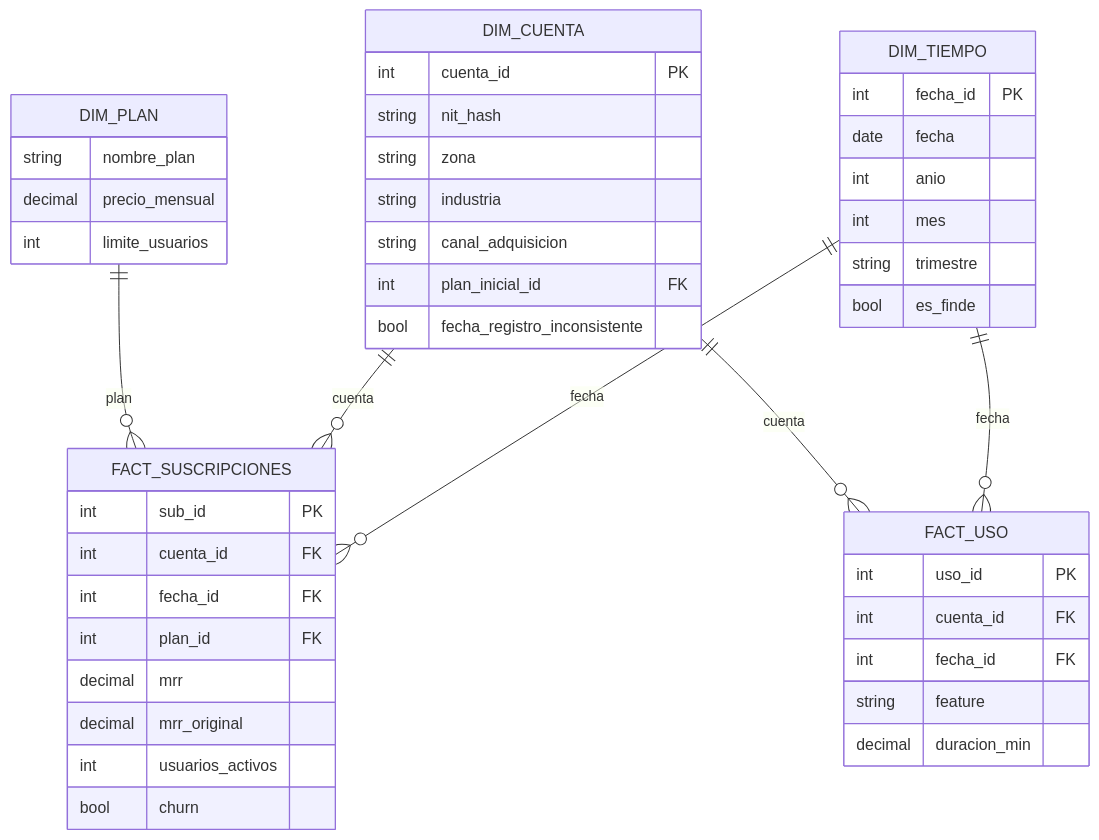
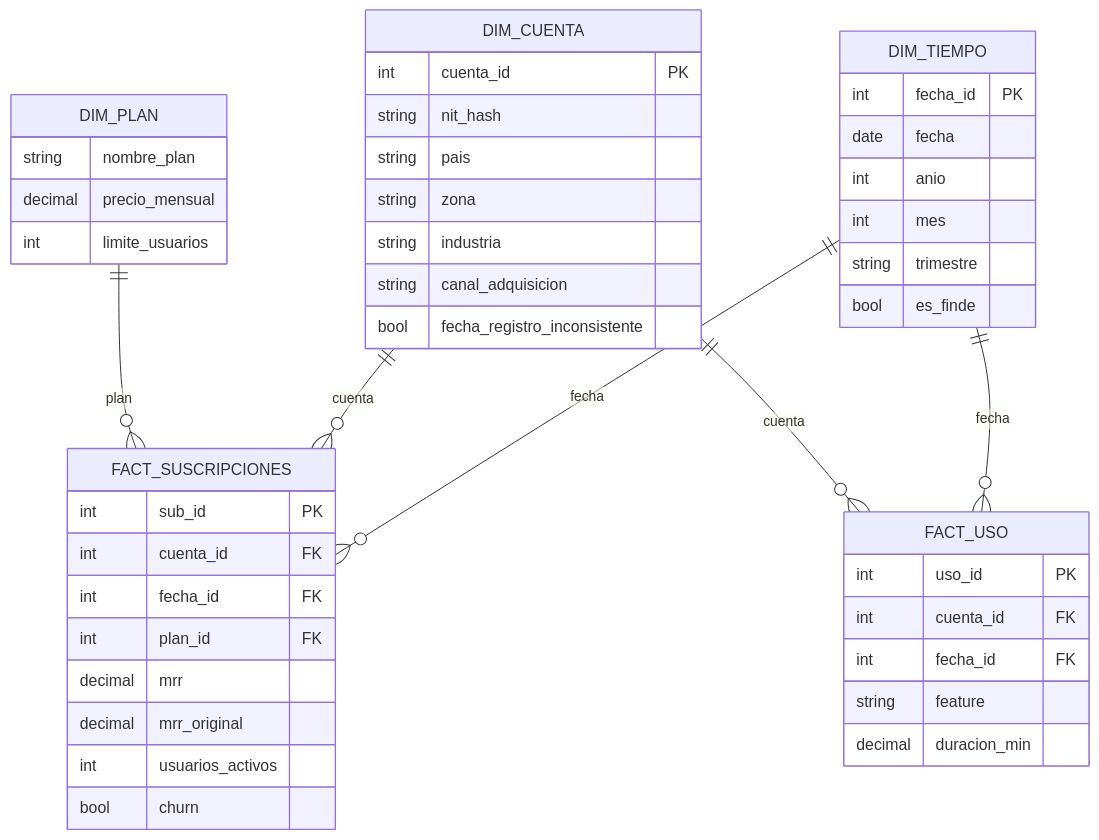
The diagram in docs/esquema_estrella.md (alexisunu/NovaApp-Insights), drawn with Mermaid before and after one commit. The commit also changed 4 other files, not shown here.

````diff
--- a/docs/esquema_estrella.md
+++ b/docs/esquema_estrella.md
@@ -7,50 +7,50 @@
 ```mermaid
 erDiagram
     
     DIM_PLAN ||--o{ FACT_SUSCRIPCIONES : "plan"
     DIM_CUENTA ||--o{ FACT_SUSCRIPCIONES : "cuenta"
     DIM_TIEMPO ||--o{ FACT_SUSCRIPCIONES : "fecha"
     DIM_CUENTA ||--o{ FACT_USO : "cuenta"
     DIM_TIEMPO ||--o{ FACT_USO : "fecha"
 
     DIM_PLAN {
         
         string nombre_plan
         decimal precio_mensual
         int limite_usuarios
     }
     DIM_TIEMPO {
         int fecha_id PK
         date fecha
         int anio
         int mes
         string trimestre
         bool es_finde
     }
     DIM_CUENTA {
         int cuenta_id PK
         string nit_hash
+        string pais
         string zona
         string industria
         string canal_adquisicion
-        int plan_inicial_id FK
         bool fecha_registro_inconsistente
     }
     FACT_SUSCRIPCIONES {
         int sub_id PK
         int cuenta_id FK
         int fecha_id FK
         int plan_id FK
         decimal mrr
         decimal mrr_original
         int usuarios_activos
         bool churn
     }
     FACT_USO {
         int uso_id PK
         int cuenta_id FK
         int fecha_id FK
         string feature
         decimal duracion_min
     }
 ```
````
